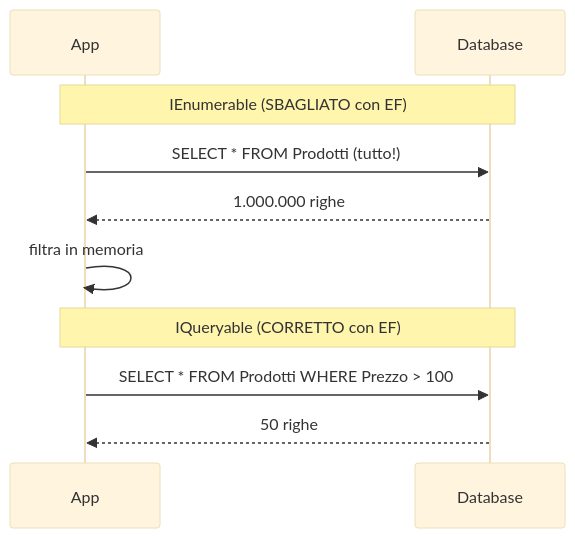
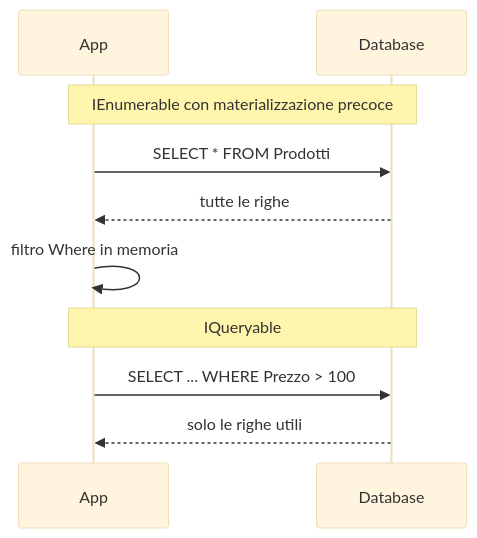
Before and after one commit to DennisTurco/AppuntiFacili: the fifth of 5 diagrams in src/content/informatica/csharp/ienumerable-vs-iqueryable.mdx, drawn with Mermaid (base theme). The commit also changed other lines of this file and 10 other files, not shown here.

````diff
--- a/src/content/informatica/csharp/ienumerable-vs-iqueryable.mdx
+++ b/src/content/informatica/csharp/ienumerable-vs-iqueryable.mdx
@@ -117,14 +437,14 @@
 ```mermaid
 sequenceDiagram
     participant App
-    participant Database
+    participant DB as Database
 
-    Note over App,Database: IEnumerable (SBAGLIATO con EF)
-    App->>Database: SELECT * FROM Prodotti (tutto!)
-    Database-->>App: 1.000.000 righe
-    App->>App: filtra in memoria
+    Note over App,DB: IEnumerable con materializzazione precoce
+    App->>DB: SELECT * FROM Prodotti
+    DB-->>App: tutte le righe
+    App->>App: filtro Where in memoria
 
-    Note over App,Database: IQueryable (CORRETTO con EF)
-    App->>Database: SELECT * FROM Prodotti WHERE Prezzo > 100
-    Database-->>App: 50 righe
+    Note over App,DB: IQueryable
+    App->>DB: SELECT ... WHERE Prezzo > 100
+    DB-->>App: solo le righe utili
 ```
````
